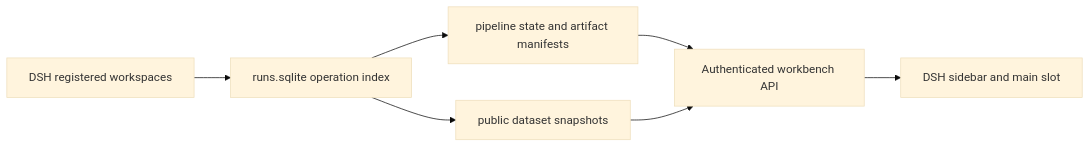
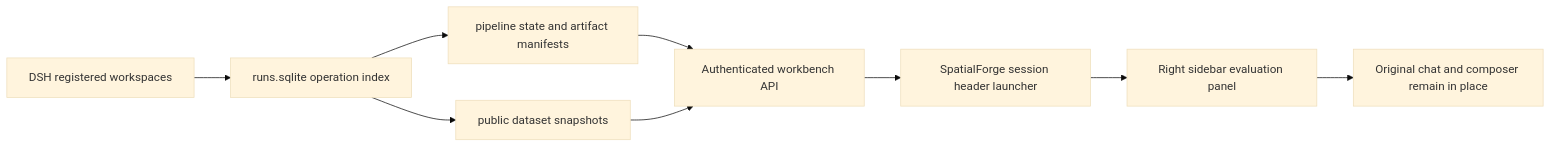
The diagram in docs/frontend-workbench-v2.md (EurecaMoment/BenchForgeV2), drawn with Mermaid (base theme) before and after one commit. The commit also changed other lines of this file and 10 other files, not shown here.

Commit message:
Scope evaluation workbench to SpatialForge sessions

````diff
--- a/docs/frontend-workbench-v2.md
+++ b/docs/frontend-workbench-v2.md
@@ -29,9 +33,11 @@
 ```mermaid
 flowchart LR
   A[DSH registered workspaces] --> B[runs.sqlite operation index]
   B --> C[pipeline state and artifact manifests]
   B --> D[public dataset snapshots]
   C --> E[Authenticated workbench API]
   D --> E
-  E --> F[DSH sidebar and main slot]
+    E --> F[SpatialForge session header launcher]
+    F --> G[Right sidebar evaluation panel]
+    G --> H[Original chat and composer remain in place]
 ```
````
